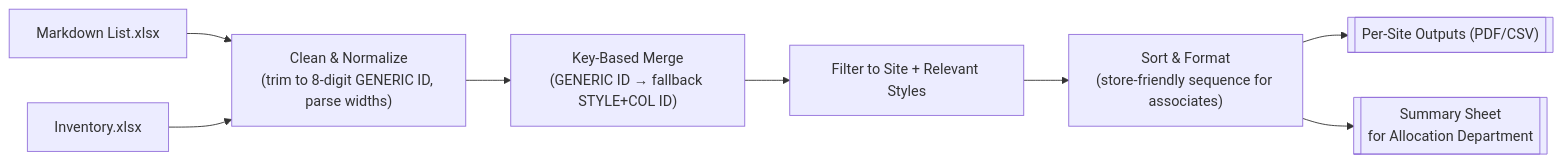
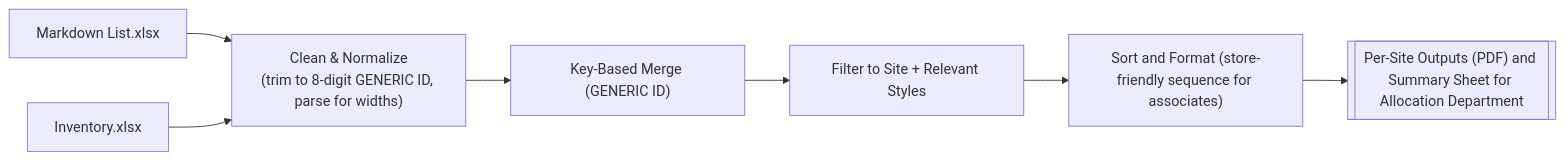
One commit to jedilio/portfolio changed the diagram in projects/retail-markdowns.md. Above: the diagram before and after it, drawn with Mermaid. The commit also changed other lines of this file, not shown here.

````diff
--- a/projects/retail-markdowns.md
+++ b/projects/retail-markdowns.md
@@ -33,9 +33,8 @@
 ```mermaid
 flowchart LR
-  A[Markdown List.xlsx] & B[Inventory.xlsx] --> C["Clean & Normalize\n(trim to 8-digit GENERIC ID, parse widths)"]
-  C --> D["Key-Based Merge\n(GENERIC ID → fallback STYLE+COL ID)"]
+  A[Markdown List.xlsx] & B[Inventory.xlsx] --> C["Clean & Normalize\n(trim to 8-digit GENERIC ID, parse for widths)"]
+  C --> D["Key-Based Merge (GENERIC ID)"]
   D --> E["Filter to Site + Relevant Styles"]
-  E --> F["Sort & Format\n(store-friendly sequence for associates)"]
-  F --> G[["Per-Site Outputs (PDF/CSV)"]]
-  F --> H[["Summary Sheet\nfor Allocation Department"]]
+  E --> F["Sort and Format (store-friendly sequence for associates)"]
+  F --> G[["Per-Site Outputs (PDF) and Summary Sheet for Allocation Department"]]
 ```
````
